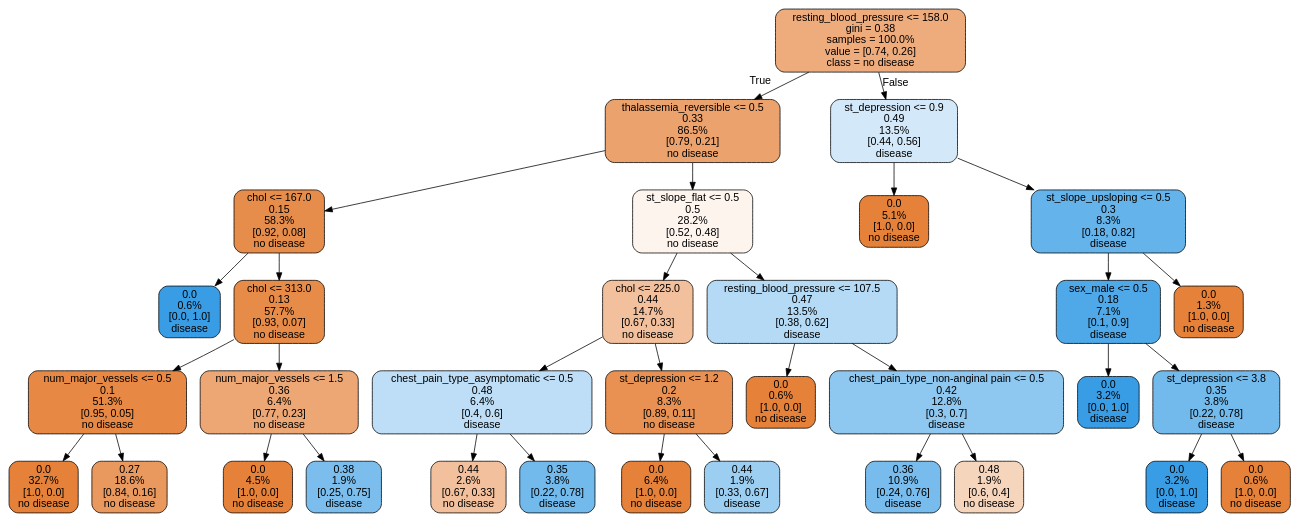
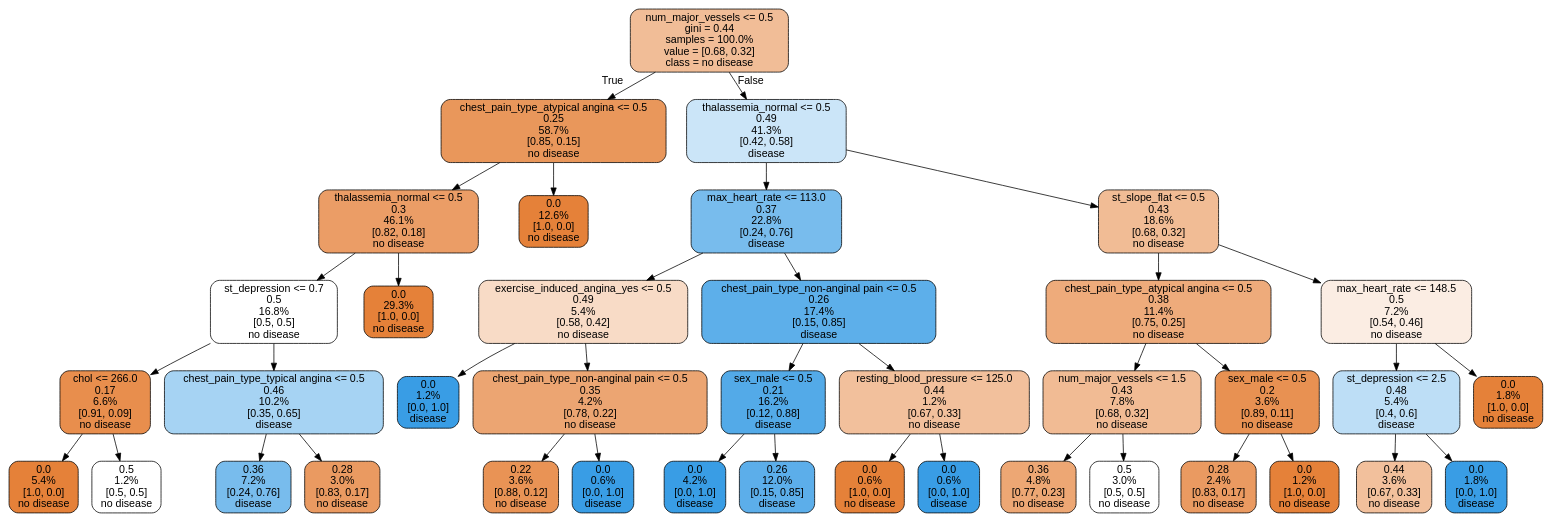
The diagram in tree.dot (SarvaniK-26/VitalSense), drawn with Graphviz before and after one commit. The commit also changed 2 other files, not shown here.

Commit message:
added onto EDA

```diff
--- a/tree.dot
+++ b/tree.dot
@@ -1,69 +1,81 @@
 digraph Tree {
 node [shape=box, style="filled, rounded", color="black", fontname="helvetica"] ;
 edge [fontname="helvetica"] ;
-0 [label="resting_blood_pressure <= 158.0\ngini = 0.38\nsamples = 100.0%\nvalue = [0.74, 0.26]\nclass = no disease", fillcolor="#eeac7d"] ;
-1 [label="thalassemia_reversible <= 0.5\n0.33\n86.5%\n[0.79, 0.21]\nno disease", fillcolor="#eca26d"] ;
+0 [label="num_major_vessels <= 0.5\ngini = 0.44\nsamples = 100.0%\nvalue = [0.68, 0.32]\nclass = no disease", fillcolor="#f1bd97"] ;
+1 [label="chest_pain_type_atypical angina <= 0.5\n0.25\n58.7%\n[0.85, 0.15]\nno disease", fillcolor="#e9975b"] ;
 0 -> 1 [labeldistance=2.5, labelangle=45, headlabel="True"] ;
-2 [label="chol <= 167.0\n0.15\n58.3%\n[0.92, 0.08]\nno disease", fillcolor="#e78d4b"] ;
+2 [label="thalassemia_normal <= 0.5\n0.3\n46.1%\n[0.82, 0.18]\nno disease", fillcolor="#eb9d66"] ;
 1 -> 2 ;
-3 [label="0.0\n0.6%\n[0.0, 1.0]\ndisease", fillcolor="#399de5"] ;
+3 [label="st_depression <= 0.7\n0.5\n16.8%\n[0.5, 0.5]\nno disease", fillcolor="#ffffff"] ;
 2 -> 3 ;
-4 [label="chol <= 313.0\n0.13\n57.7%\n[0.93, 0.07]\nno disease", fillcolor="#e78b48"] ;
-2 -> 4 ;
-5 [label="num_major_vessels <= 0.5\n0.1\n51.3%\n[0.95, 0.05]\nno disease", fillcolor="#e78844"] ;
+4 [label="chol <= 266.0\n0.17\n6.6%\n[0.91, 0.09]\nno disease", fillcolor="#e88e4d"] ;
+3 -> 4 ;
+5 [label="0.0\n5.4%\n[1.0, 0.0]\nno disease", fillcolor="#e58139"] ;
 4 -> 5 ;
-6 [label="0.0\n32.7%\n[1.0, 0.0]\nno disease", fillcolor="#e58139"] ;
-5 -> 6 ;
-7 [label="0.27\n18.6%\n[0.84, 0.16]\nno disease", fillcolor="#ea995e"] ;
-5 -> 7 ;
-8 [label="num_major_vessels <= 1.5\n0.36\n6.4%\n[0.77, 0.23]\nno disease", fillcolor="#eda774"] ;
-4 -> 8 ;
-9 [label="0.0\n4.5%\n[1.0, 0.0]\nno disease", fillcolor="#e58139"] ;
-8 -> 9 ;
-10 [label="0.38\n1.9%\n[0.25, 0.75]\ndisease", fillcolor="#7bbeee"] ;
-8 -> 10 ;
-11 [label="st_slope_flat <= 0.5\n0.5\n28.2%\n[0.52, 0.48]\nno disease", fillcolor="#fdf4ee"] ;
+6 [label="0.5\n1.2%\n[0.5, 0.5]\nno disease", fillcolor="#ffffff"] ;
+4 -> 6 ;
+7 [label="chest_pain_type_typical angina <= 0.5\n0.46\n10.2%\n[0.35, 0.65]\ndisease", fillcolor="#a6d3f3"] ;
+3 -> 7 ;
+8 [label="0.36\n7.2%\n[0.24, 0.76]\ndisease", fillcolor="#78bced"] ;
+7 -> 8 ;
+9 [label="0.28\n3.0%\n[0.83, 0.17]\nno disease", fillcolor="#ea9a61"] ;
+7 -> 9 ;
+10 [label="0.0\n29.3%\n[1.0, 0.0]\nno disease", fillcolor="#e58139"] ;
+2 -> 10 ;
+11 [label="0.0\n12.6%\n[1.0, 0.0]\nno disease", fillcolor="#e58139"] ;
 1 -> 11 ;
-12 [label="chol <= 225.0\n0.44\n14.7%\n[0.67, 0.33]\nno disease", fillcolor="#f2c09c"] ;
-11 -> 12 ;
-13 [label="chest_pain_type_asymptomatic <= 0.5\n0.48\n6.4%\n[0.4, 0.6]\ndisease", fillcolor="#bddef6"] ;
+12 [label="thalassemia_normal <= 0.5\n0.49\n41.3%\n[0.42, 0.58]\ndisease", fillcolor="#cbe5f8"] ;
+0 -> 12 [labeldistance=2.5, labelangle=-45, headlabel="False"] ;
+13 [label="max_heart_rate <= 113.0\n0.37\n22.8%\n[0.24, 0.76]\ndisease", fillcolor="#78bced"] ;
 12 -> 13 ;
-14 [label="0.44\n2.6%\n[0.67, 0.33]\nno disease", fillcolor="#f2c09c"] ;
+14 [label="exercise_induced_angina_yes <= 0.5\n0.49\n5.4%\n[0.58, 0.42]\nno disease", fillcolor="#f8dbc6"] ;
 13 -> 14 ;
-15 [label="0.35\n3.8%\n[0.22, 0.78]\ndisease", fillcolor="#72b9ec"] ;
-13 -> 15 ;
-16 [label="st_depression <= 1.2\n0.2\n8.3%\n[0.89, 0.11]\nno disease", fillcolor="#e89152"] ;
-12 -> 16 ;
-17 [label="0.0\n6.4%\n[1.0, 0.0]\nno disease", fillcolor="#e58139"] ;
+15 [label="0.0\n1.2%\n[0.0, 1.0]\ndisease", fillcolor="#399de5"] ;
+14 -> 15 ;
+16 [label="chest_pain_type_non-anginal pain <= 0.5\n0.35\n4.2%\n[0.78, 0.22]\nno disease", fillcolor="#eca572"] ;
+14 -> 16 ;
+17 [label="0.22\n3.6%\n[0.88, 0.12]\nno disease", fillcolor="#e99355"] ;
 16 -> 17 ;
-18 [label="0.44\n1.9%\n[0.33, 0.67]\ndisease", fillcolor="#9ccef2"] ;
+18 [label="0.0\n0.6%\n[0.0, 1.0]\ndisease", fillcolor="#399de5"] ;
 16 -> 18 ;
-19 [label="resting_blood_pressure <= 107.5\n0.47\n13.5%\n[0.38, 0.62]\ndisease", fillcolor="#b4daf5"] ;
-11 -> 19 ;
-20 [label="0.0\n0.6%\n[1.0, 0.0]\nno disease", fillcolor="#e58139"] ;
+19 [label="chest_pain_type_non-anginal pain <= 0.5\n0.26\n17.4%\n[0.15, 0.85]\ndisease", fillcolor="#5dafea"] ;
+13 -> 19 ;
+20 [label="sex_male <= 0.5\n0.21\n16.2%\n[0.12, 0.88]\ndisease", fillcolor="#53aae8"] ;
 19 -> 20 ;
-21 [label="chest_pain_type_non-anginal pain <= 0.5\n0.42\n12.8%\n[0.3, 0.7]\ndisease", fillcolor="#8ec7f0"] ;
-19 -> 21 ;
-22 [label="0.36\n10.9%\n[0.24, 0.76]\ndisease", fillcolor="#78bced"] ;
-21 -> 22 ;
-23 [label="0.48\n1.9%\n[0.6, 0.4]\nno disease", fillcolor="#f6d5bd"] ;
-21 -> 23 ;
-24 [label="st_depression <= 0.9\n0.49\n13.5%\n[0.44, 0.56]\ndisease", fillcolor="#d3e9f9"] ;
-0 -> 24 [labeldistance=2.5, labelangle=-45, headlabel="False"] ;
-25 [label="0.0\n5.1%\n[1.0, 0.0]\nno disease", fillcolor="#e58139"] ;
-24 -> 25 ;
-26 [label="st_slope_upsloping <= 0.5\n0.3\n8.3%\n[0.18, 0.82]\ndisease", fillcolor="#65b3eb"] ;
-24 -> 26 ;
-27 [label="sex_male <= 0.5\n0.18\n7.1%\n[0.1, 0.9]\ndisease", fillcolor="#4fa8e8"] ;
+21 [label="0.0\n4.2%\n[0.0, 1.0]\ndisease", fillcolor="#399de5"] ;
+20 -> 21 ;
+22 [label="0.26\n12.0%\n[0.15, 0.85]\ndisease", fillcolor="#5caeea"] ;
+20 -> 22 ;
+23 [label="resting_blood_pressure <= 125.0\n0.44\n1.2%\n[0.67, 0.33]\nno disease", fillcolor="#f2c09c"] ;
+19 -> 23 ;
+24 [label="0.0\n0.6%\n[1.0, 0.0]\nno disease", fillcolor="#e58139"] ;
+23 -> 24 ;
+25 [label="0.0\n0.6%\n[0.0, 1.0]\ndisease", fillcolor="#399de5"] ;
+23 -> 25 ;
+26 [label="st_slope_flat <= 0.5\n0.43\n18.6%\n[0.68, 0.32]\nno disease", fillcolor="#f1bc95"] ;
+12 -> 26 ;
+27 [label="chest_pain_type_atypical angina <= 0.5\n0.38\n11.4%\n[0.75, 0.25]\nno disease", fillcolor="#eeab7b"] ;
 26 -> 27 ;
-28 [label="0.0\n3.2%\n[0.0, 1.0]\ndisease", fillcolor="#399de5"] ;
+28 [label="num_major_vessels <= 1.5\n0.43\n7.8%\n[0.68, 0.32]\nno disease", fillcolor="#f1bb94"] ;
 27 -> 28 ;
-29 [label="st_depression <= 3.8\n0.35\n3.8%\n[0.22, 0.78]\ndisease", fillcolor="#72b9ec"] ;
-27 -> 29 ;
-30 [label="0.0\n3.2%\n[0.0, 1.0]\ndisease", fillcolor="#399de5"] ;
-29 -> 30 ;
-31 [label="0.0\n0.6%\n[1.0, 0.0]\nno disease", fillcolor="#e58139"] ;
-29 -> 31 ;
-32 [label="0.0\n1.3%\n[1.0, 0.0]\nno disease", fillcolor="#e58139"] ;
-26 -> 32 ;
+29 [label="0.36\n4.8%\n[0.77, 0.23]\nno disease", fillcolor="#eda774"] ;
+28 -> 29 ;
+30 [label="0.5\n3.0%\n[0.5, 0.5]\nno disease", fillcolor="#ffffff"] ;
+28 -> 30 ;
+31 [label="sex_male <= 0.5\n0.2\n3.6%\n[0.89, 0.11]\nno disease", fillcolor="#e89152"] ;
+27 -> 31 ;
+32 [label="0.28\n2.4%\n[0.83, 0.17]\nno disease", fillcolor="#ea9a61"] ;
+31 -> 32 ;
+33 [label="0.0\n1.2%\n[1.0, 0.0]\nno disease", fillcolor="#e58139"] ;
+31 -> 33 ;
+34 [label="max_heart_rate <= 148.5\n0.5\n7.2%\n[0.54, 0.46]\nno disease", fillcolor="#fbede3"] ;
+26 -> 34 ;
+35 [label="st_depression <= 2.5\n0.48\n5.4%\n[0.4, 0.6]\ndisease", fillcolor="#bddef6"] ;
+34 -> 35 ;
+36 [label="0.44\n3.6%\n[0.67, 0.33]\nno disease", fillcolor="#f2c09c"] ;
+35 -> 36 ;
+37 [label="0.0\n1.8%\n[0.0, 1.0]\ndisease", fillcolor="#399de5"] ;
+35 -> 37 ;
+38 [label="0.0\n1.8%\n[1.0, 0.0]\nno disease", fillcolor="#e58139"] ;
+34 -> 38 ;
 }
```
